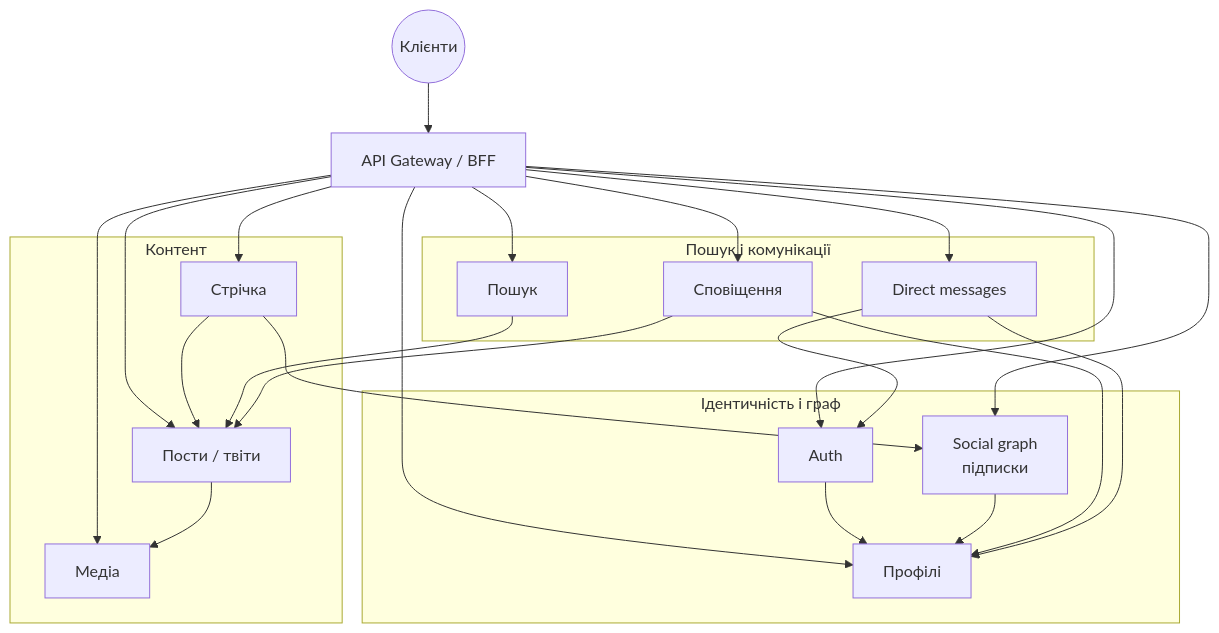
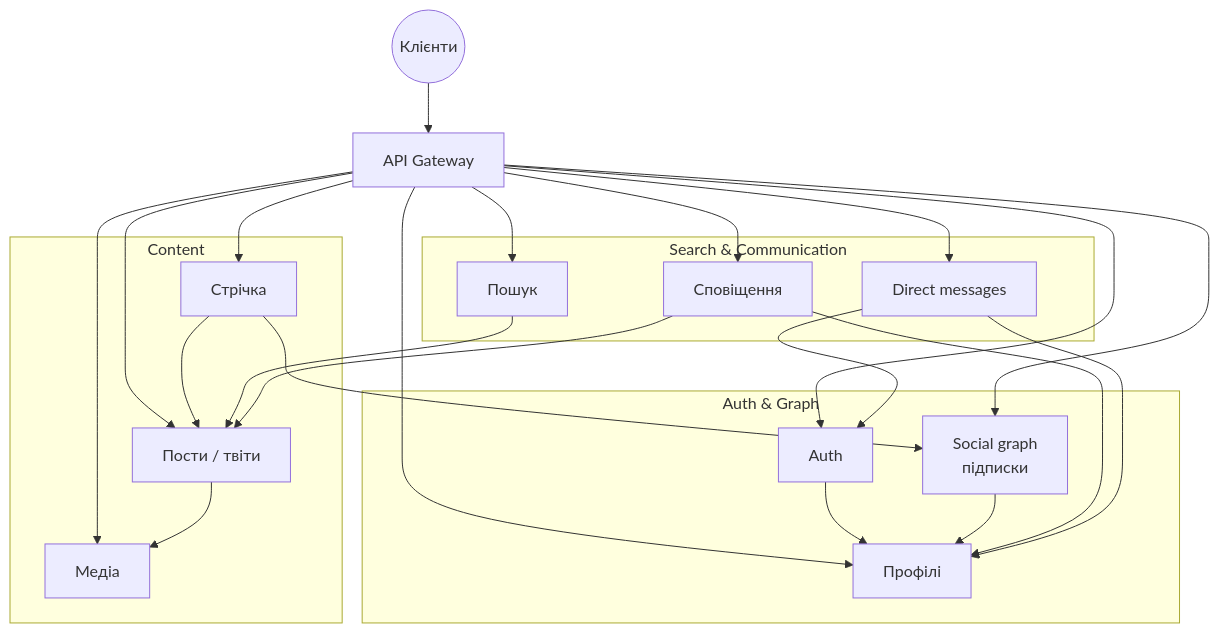
The diagram in topics/0-poly-tg-bot-guide/2-retro-engineering.md (holypolyfoundation/knowledge-sharing), drawn with Mermaid before and after one commit. The commit also changed other lines of this file and 3 other files, not shown here.

````diff
--- a/topics/0-poly-tg-bot-guide/2-retro-engineering.md
+++ b/topics/0-poly-tg-bot-guide/2-retro-engineering.md
@@ -11,37 +11,37 @@
 ```mermaid
 flowchart TB
   C((Клієнти))
-  GW[API Gateway / BFF]
+  GW[API Gateway]
 
-  subgraph identity["Ідентичність і граф"]
+  subgraph identity["Auth & Graph"]
     AUTH[Auth]
     PROFILE[Профілі]
     GRAPH[Social graph<br/>підписки]
   end
 
-  subgraph content["Контент"]
+  subgraph content["Content"]
     POST[Пости / твіти]
     MEDIA[Медіа]
     FEED[Стрічка]
   end
 
-  subgraph comm["Пошук і комунікації"]
+  subgraph comm["Search & Communication"]
     SEARCH[Пошук]
     NOTIFY[Сповіщення]
     DM[Direct messages]
   end
 
   C --> GW
   GW --> AUTH & PROFILE & GRAPH & POST & MEDIA & FEED & SEARCH & NOTIFY & DM
 
   AUTH --> PROFILE
   GRAPH --> PROFILE
   POST --> MEDIA
   FEED --> GRAPH
   FEED --> POST
   SEARCH --> POST
   NOTIFY --> POST
   NOTIFY --> PROFILE
   DM --> AUTH
   DM --> PROFILE
 ```
````
